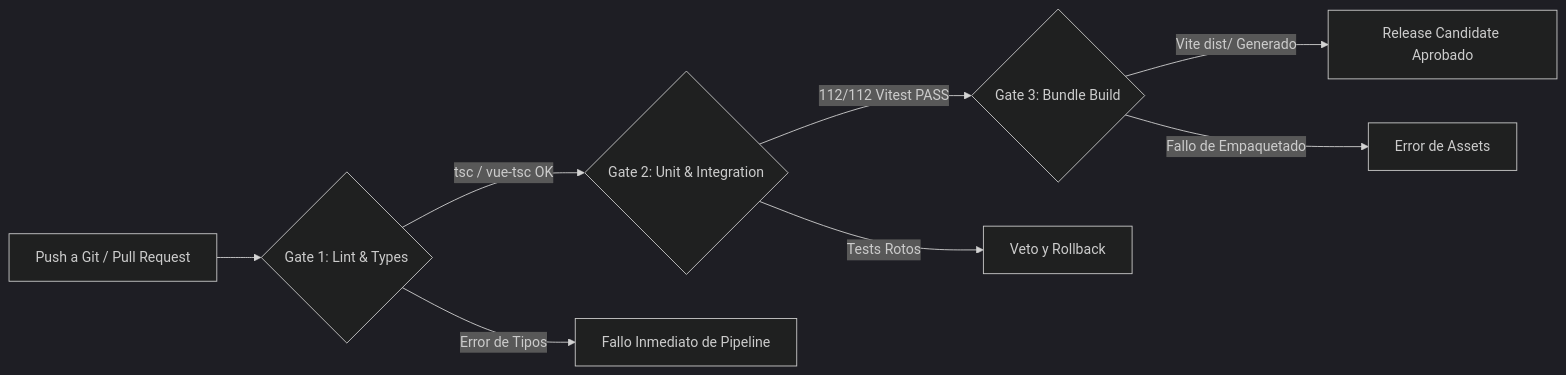
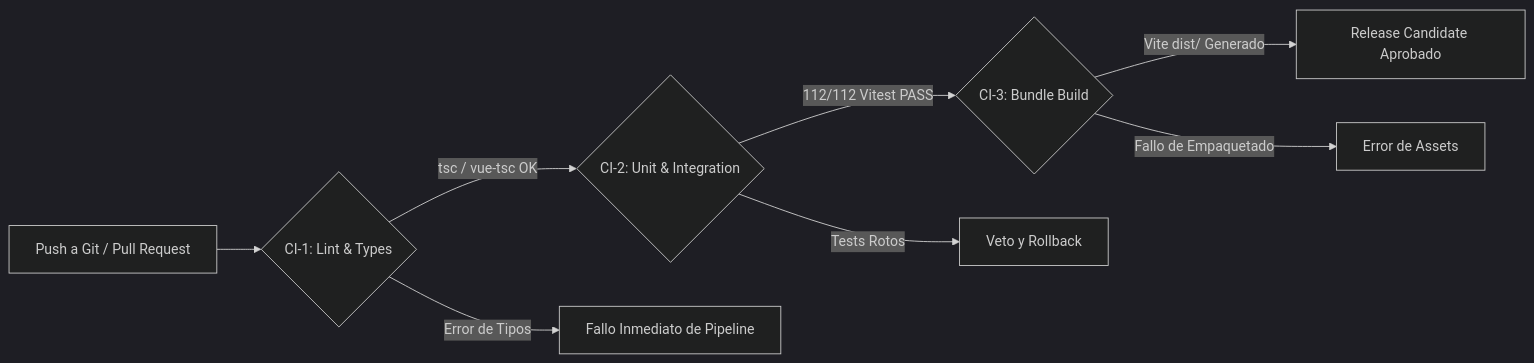
One commit to DanExl24/multiagent-sdlc-starter changed the diagram in multiAgents/06_devops_release/subroles/03_cicd_pipeline_automator.md. Above: the diagram before and after it, drawn with Mermaid (dark theme). The commit also changed other lines of this file and 35 other files, not shown here.

````diff
--- a/multiAgents/06_devops_release/subroles/03_cicd_pipeline_automator.md
+++ b/multiAgents/06_devops_release/subroles/03_cicd_pipeline_automator.md
@@ -26,12 +28,12 @@
 ```mermaid
 graph LR
-    C[Push a Git / Pull Request] --> G1{Gate 1: Lint & Types}
-    G1 -->|tsc / vue-tsc OK| G2{Gate 2: Unit & Integration}
+    C[Push a Git / Pull Request] --> G1{CI-1: Lint & Types}
+    G1 -->|tsc / vue-tsc OK| G2{CI-2: Unit & Integration}
     G1 -->|Error de Tipos| F1[Fallo Inmediato de Pipeline]
     
-    G2 -->|112/112 Vitest PASS| G3{Gate 3: Bundle Build}
+    G2 -->|112/112 Vitest PASS| G3{CI-3: Bundle Build}
     G2 -->|Tests Rotos| F2[Veto y Rollback]
     
     G3 -->|Vite dist/ Generado| R[Release Candidate Aprobado]
     G3 -->|Fallo de Empaquetado| F3[Error de Assets]
 ```
````
